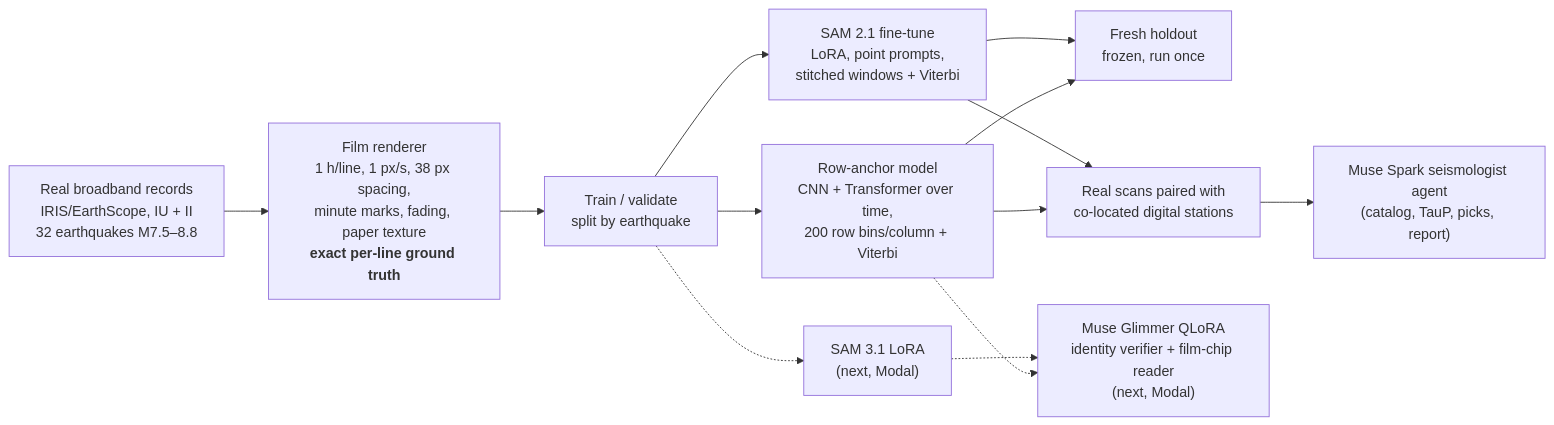
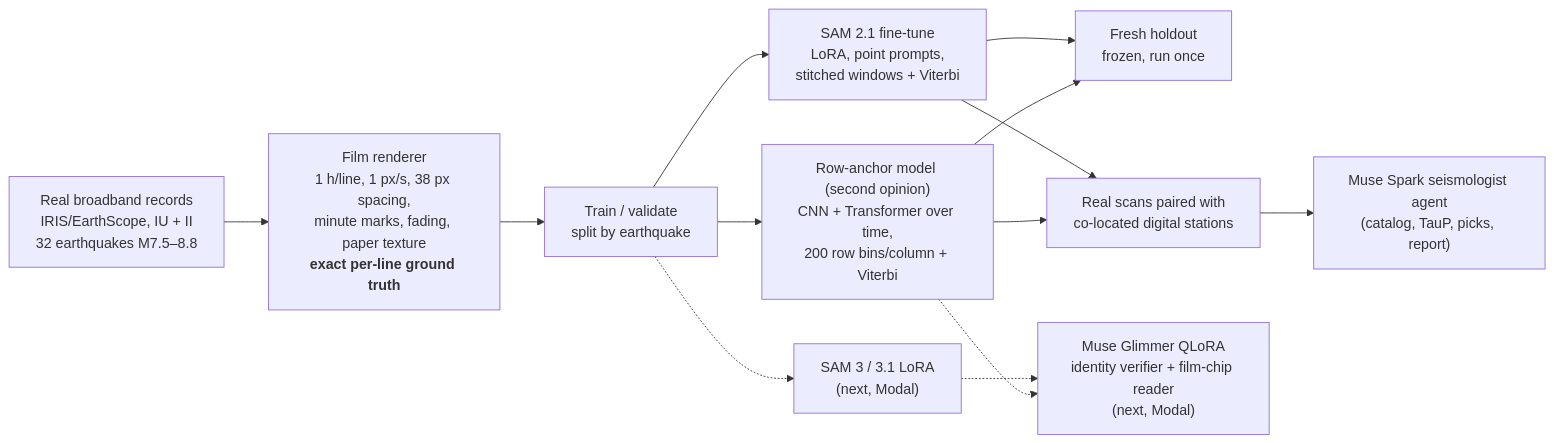
Before and after one commit to smpark00/seismorescue: the diagram in README.md, drawn with Mermaid. The commit also changed other lines of this file and 8 other files, not shown here.

````diff
--- a/README.md
+++ b/README.md
@@ -141,15 +141,15 @@
 ```mermaid
 flowchart LR
   W["Real broadband records<br/>IRIS/EarthScope, IU + II<br/>32 earthquakes M7.5–8.8"] --> R["Film renderer<br/>1 h/line, 1 px/s, 38 px spacing,<br/>minute marks, fading, paper texture<br/><b>exact per-line ground truth</b>"]
   R --> T["Train / validate<br/>split by earthquake"]
-  T --> RA["Row-anchor model<br/>CNN + Transformer over time,<br/>200 row bins/column + Viterbi"]
+  T --> RA["Row-anchor model (second opinion)<br/>CNN + Transformer over time,<br/>200 row bins/column + Viterbi"]
   T --> S["SAM 2.1 fine-tune<br/>LoRA, point prompts,<br/>stitched windows + Viterbi"]
   RA --> H["Fresh holdout<br/>frozen, run once"]
   S --> H
   RA --> P["Real scans paired with<br/>co-located digital stations"]
   S --> P
-  T -.-> S3["SAM 3.1 LoRA<br/>(next, Modal)"]
+  T -.-> S3["SAM 3 / 3.1 LoRA<br/>(next, Modal)"]
   RA -.-> GL["Muse Glimmer QLoRA<br/>identity verifier + film-chip reader<br/>(next, Modal)"]
   S3 -.-> GL
   P --> SP["Muse Spark seismologist agent<br/>(catalog, TauP, picks, report)"]
 ```
````
